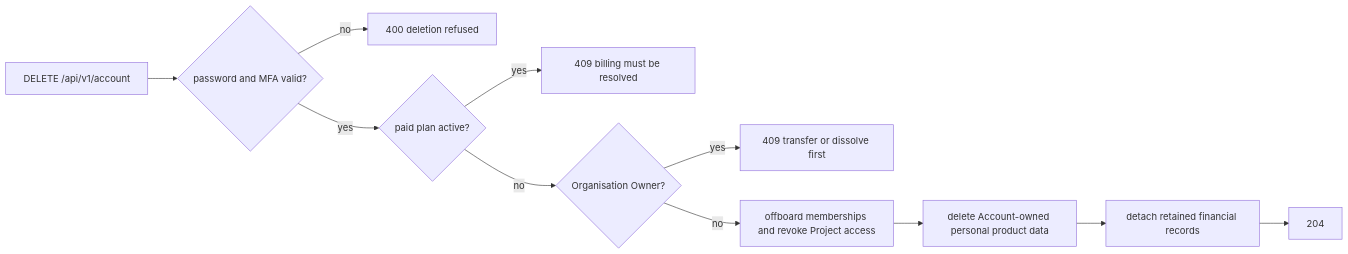
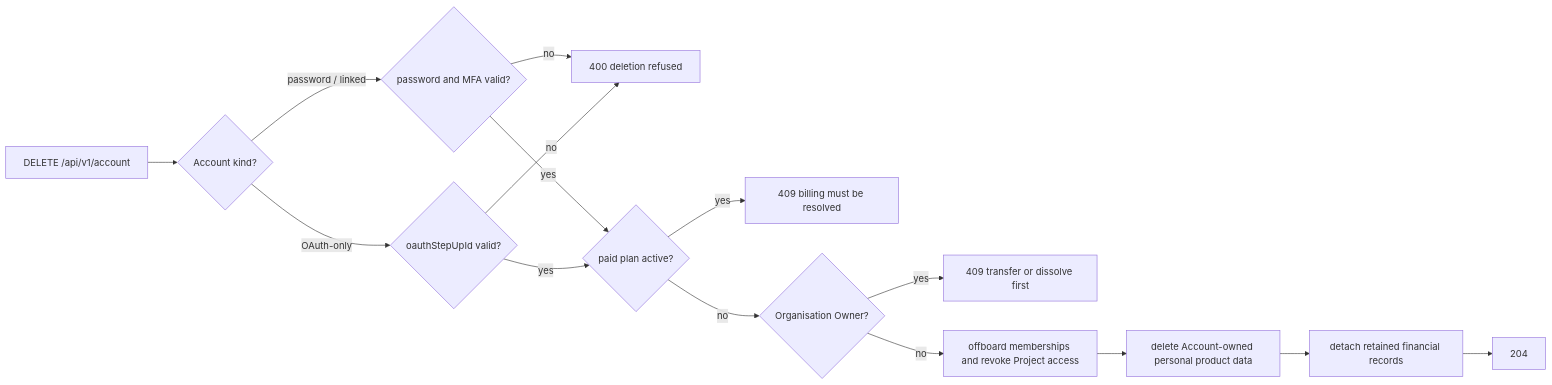
Before and after one commit to cognos-io/chat.cognos.io: the diagram in docs/business_processes/account-delete.md, drawn with Mermaid. The commit also changed other lines of this file and 7 other files, not shown here.

````diff
--- a/docs/business_processes/account-delete.md
+++ b/docs/business_processes/account-delete.md
@@ -27,13 +34,17 @@
 ```mermaid
 flowchart LR
-  A[DELETE /api/v1/account] --> S{password and MFA valid?}
+  A[DELETE /api/v1/account] --> K{Account kind?}
+  K -- password / linked --> S{password and MFA valid?}
+  K -- OAuth-only --> G{oauthStepUpId valid?}
   S -- no --> R[400 deletion refused]
+  G -- no --> R
   S -- yes --> B{paid plan active?}
+  G -- yes --> B
   B -- yes --> C[409 billing must be resolved]
   B -- no --> O{Organisation Owner?}
   O -- yes --> T[409 transfer or dissolve first]
   O -- no --> M[offboard memberships and revoke Project access]
   M --> D[delete Account-owned personal product data]
   D --> E[detach retained financial records]
   E --> F[204]
 ```
````
